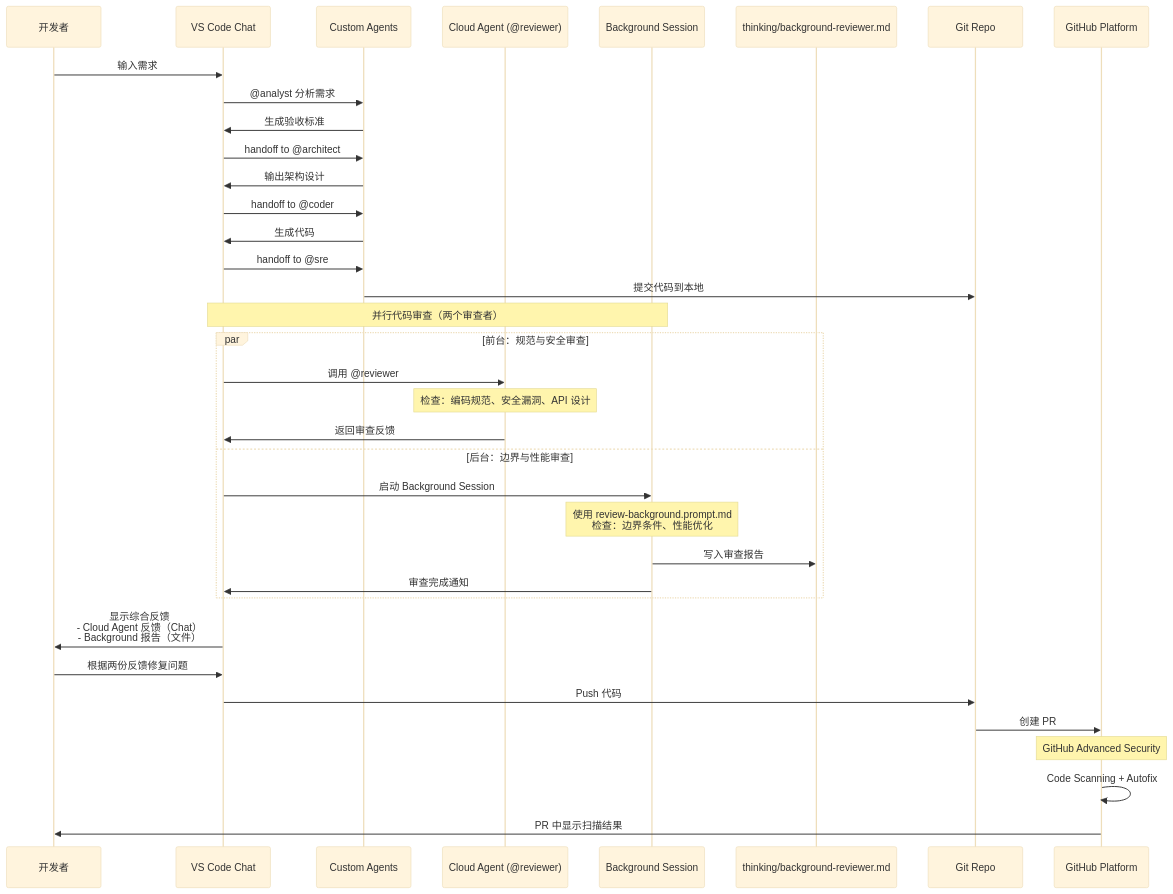
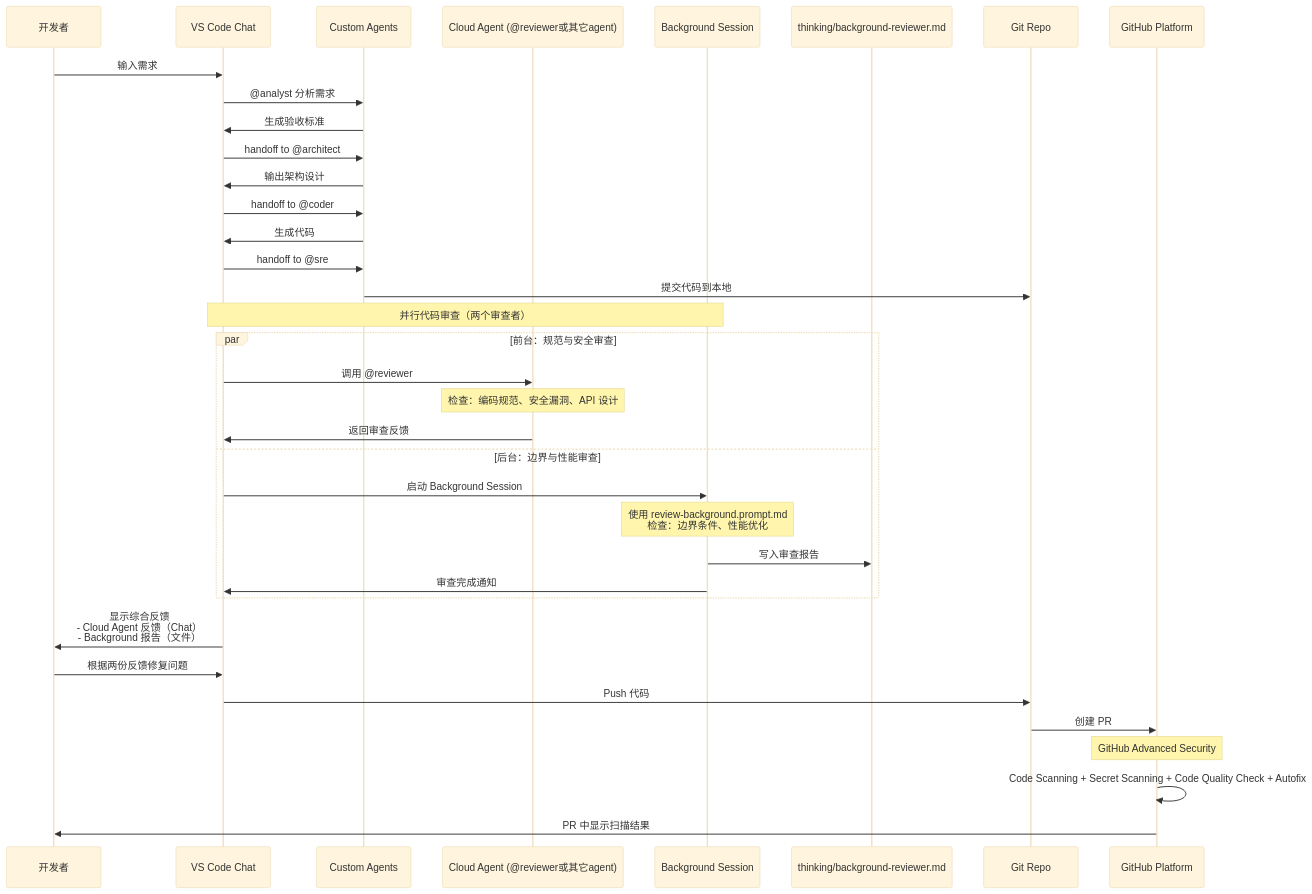
One commit to ghcpSharing/library changed the second of 4 diagrams in labs/agents/README.md. Above: the diagram before and after it, drawn with Mermaid (base theme). The commit also changed other lines of this file, not shown here.

````diff
--- a/labs/agents/README.md
+++ b/labs/agents/README.md
@@ -161,47 +161,47 @@
 ```mermaid
 sequenceDiagram
     participant Dev as 开发者
     participant IDE as VS Code Chat
     participant Local as Custom Agents
-    participant Cloud as Cloud Agent (@reviewer)
+    participant Cloud as Cloud Agent (@reviewer或其它agent)
     participant BG as Background Session
     participant File as thinking/background-reviewer.md
     participant Git as Git Repo
     participant GH as GitHub Platform
     
     Dev->>IDE: 输入需求
     IDE->>Local: @analyst 分析需求
     Local->>IDE: 生成验收标准
     
     IDE->>Local: handoff to @architect
     Local->>IDE: 输出架构设计
     
     IDE->>Local: handoff to @coder
     Local->>IDE: 生成代码
     
     IDE->>Local: handoff to @sre
     Local->>Git: 提交代码到本地
     
     Note over IDE,BG: 并行代码审查（两个审查者）
     
     par 前台：规范与安全审查
         IDE->>Cloud: 调用 @reviewer
         Note over Cloud: 检查：编码规范、安全漏洞、API 设计
         Cloud->>IDE: 返回审查反馈
     and 后台：边界与性能审查
         IDE->>BG: 启动 Background Session
         Note over BG: 使用 review-background.prompt.md<br/>检查：边界条件、性能优化
         BG->>File: 写入审查报告
         BG->>IDE: 审查完成通知
     end
     
     IDE->>Dev: 显示综合反馈<br/>- Cloud Agent 反馈（Chat）<br/>- Background 报告（文件）
     
     Dev->>IDE: 根据两份反馈修复问题
     IDE->>Git: Push 代码
     Git->>GH: 创建 PR
     
     Note over GH: GitHub Advanced Security
-    GH->>GH: Code Scanning + Autofix
+    GH->>GH: Code Scanning + Secret Scanning + Code Quality Check + Autofix
     GH->>Dev: PR 中显示扫描结果
 ```
````
